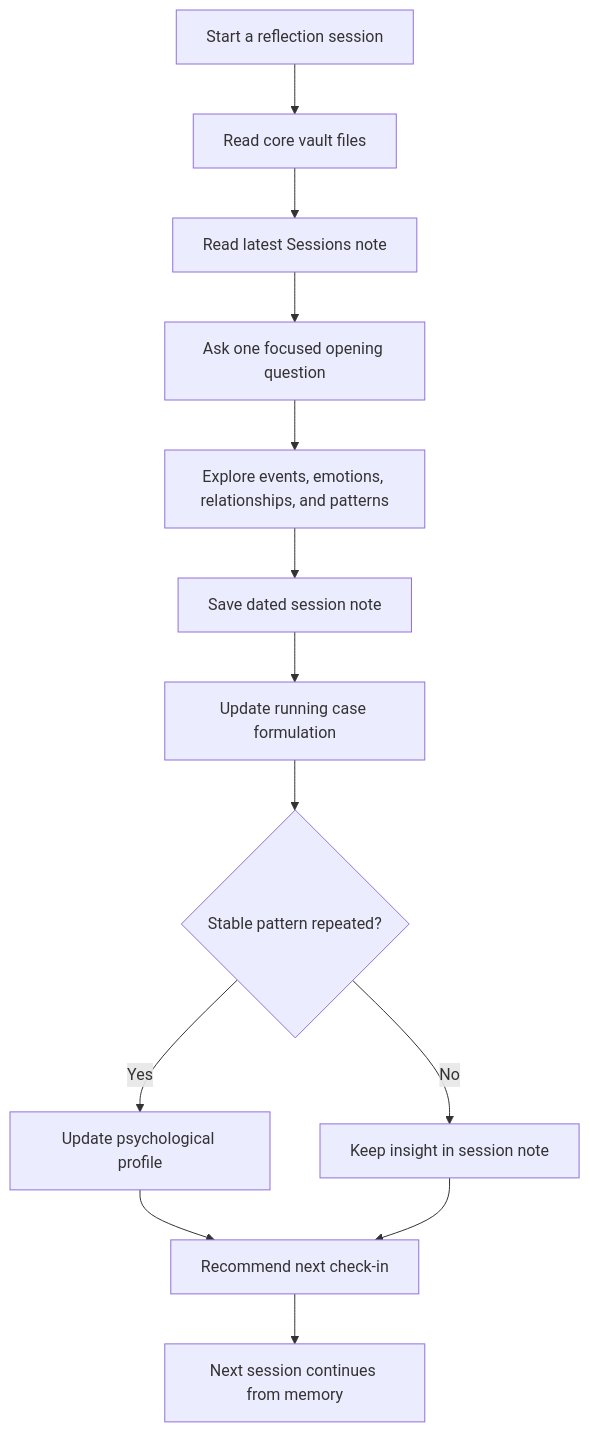
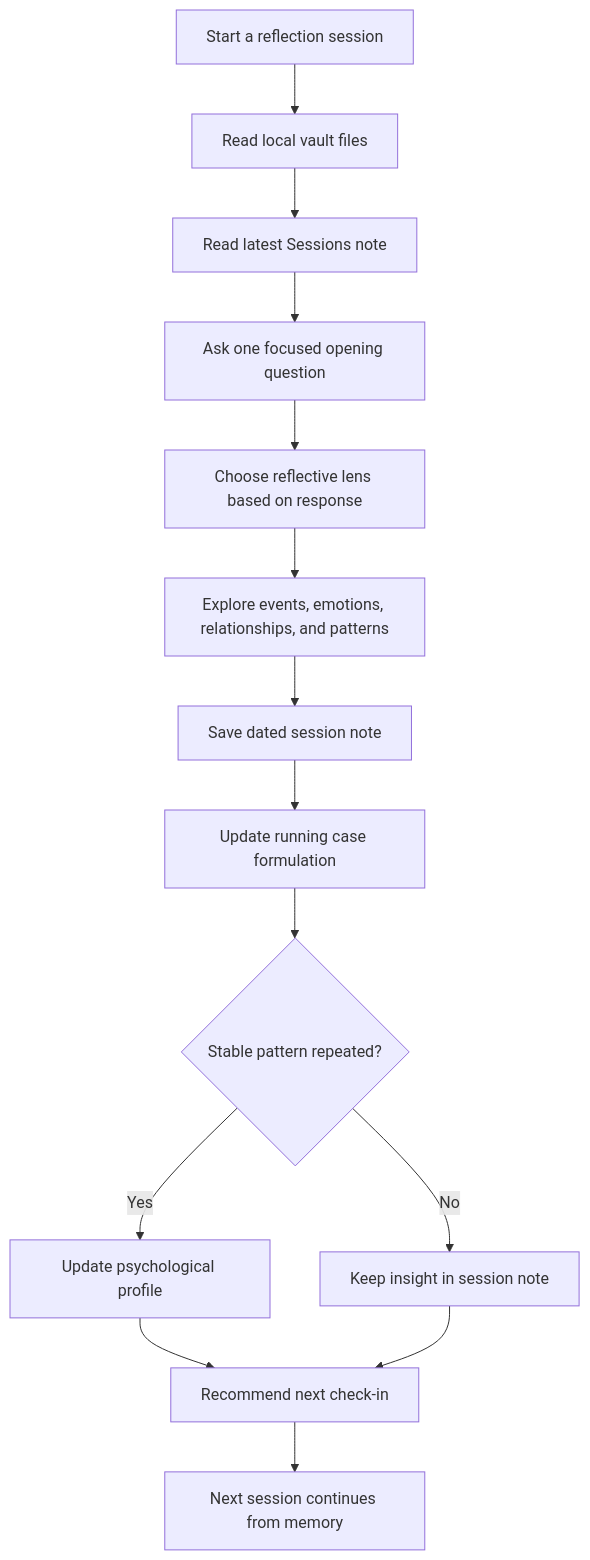
The first of 3 diagrams in README.md (126mingxuan/psychology-reflection-vault), drawn with Mermaid before and after one commit. The commit also changed other lines of this file and 14 other files, not shown here.

````diff
--- a/README.md
+++ b/README.md
@@ -67,15 +110,16 @@
 ```mermaid
 flowchart TD
-    A["Start a reflection session"] --> B["Read core vault files"]
+    A["Start a reflection session"] --> B["Read local vault files"]
     B --> C["Read latest Sessions note"]
     C --> D["Ask one focused opening question"]
-    D --> E["Explore events, emotions, relationships, and patterns"]
-    E --> F["Save dated session note"]
-    F --> G["Update running case formulation"]
-    G --> H{"Stable pattern repeated?"}
-    H -- Yes --> I["Update psychological profile"]
-    H -- No --> J["Keep insight in session note"]
-    I --> K["Recommend next check-in"]
-    J --> K
-    K --> L["Next session continues from memory"]
+    D --> E["Choose reflective lens based on response"]
+    E --> F["Explore events, emotions, relationships, and patterns"]
+    F --> G["Save dated session note"]
+    G --> H["Update running case formulation"]
+    H --> I{"Stable pattern repeated?"}
+    I -- Yes --> J["Update psychological profile"]
+    I -- No --> K["Keep insight in session note"]
+    J --> L["Recommend next check-in"]
+    K --> L
+    L --> M["Next session continues from memory"]
 ```
````
